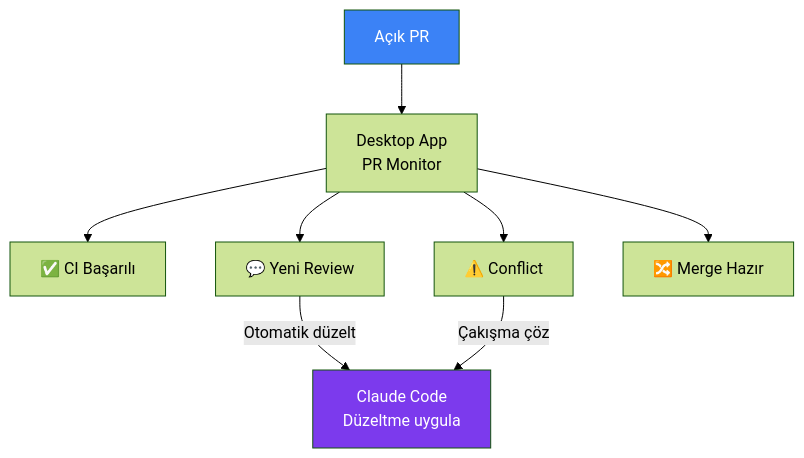
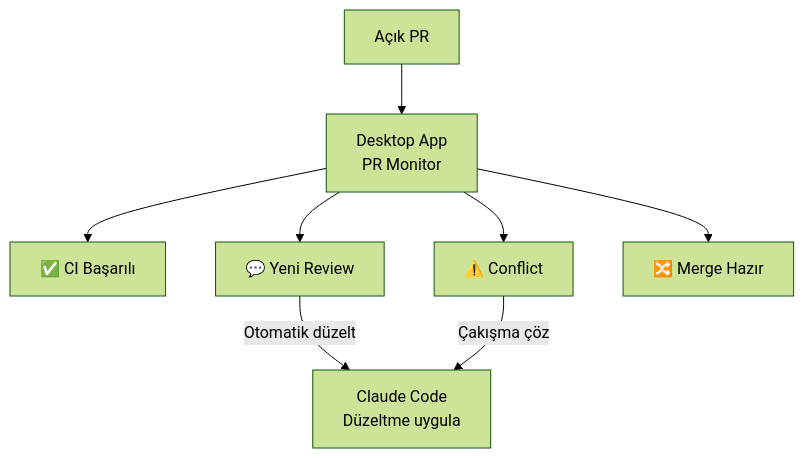
One commit to IzzetYasinAtes/ClaudeCodeHandbook changed the sixth of 8 diagrams in 15-entegrasyonlar/04-masaustu-uygulamasi.md. Above: the diagram before and after it, drawn with Mermaid (forest theme). The commit also changed other lines of this file and 97 other files, not shown here.

Commit message:
Remove all custom Mermaid style/fill colors from 98 markdown files for consistent dark theme rendering

````diff
--- a/15-entegrasyonlar/04-masaustu-uygulamasi.md
+++ b/15-entegrasyonlar/04-masaustu-uygulamasi.md
@@ -181,14 +172,12 @@
 ```mermaid
 flowchart TB
     PR["Açık PR"] --> MON["Desktop App<br/>PR Monitor"]
     MON --> S1["✅ CI Başarılı"]
     MON --> S2["💬 Yeni Review"]
     MON --> S3["⚠️ Conflict"]
     MON --> S4["🔀 Merge Hazır"]
 
     S2 -->|"Otomatik düzelt"| CC["Claude Code<br/>Düzeltme uygula"]
     S3 -->|"Çakışma çöz"| CC
 
-    style PR fill:#3B82F6,color:#fff
-    style CC fill:#7C3AED,color:#fff
 ```
````
